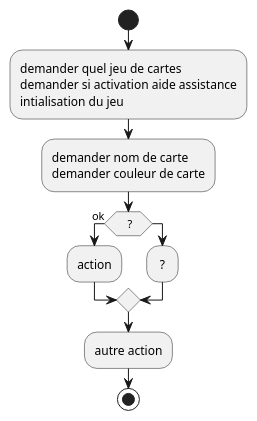
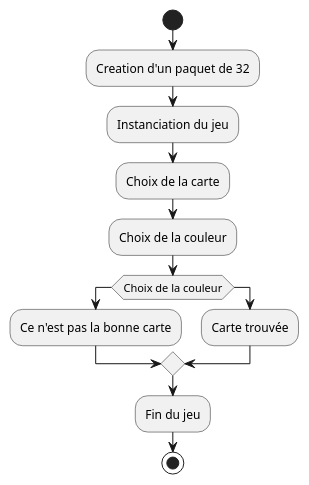
The first of 2 diagrams in README.adoc (VincentDurang/DevineLaCarte), drawn with PlantUML before and after one commit. The commit also changed other lines of this file, not shown here.

```diff
--- a/README.adoc
+++ b/README.adoc
@@ -395,18 +115,17 @@
 [plantuml]
-----
+-----
 @startuml
 start
-:demander quel jeu de cartes
-demander si activation aide assistance
-intialisation du jeu;
-:demander nom de carte
-demander couleur de carte;
-if ( ?) equals (ok) then
- :action;
-else
-  : ? ;
-endif
-:autre action;
+    :Creation d'un paquet de 32;
+    :Instanciation du jeu;
+    :Choix de la carte;
+    :Choix de la couleur;
+    if (Choix de la couleur)
+        :Ce n'est pas la bonne carte;
+     else
+     :Carte trouvée;
+    endif
+    :Fin du jeu;
 stop
 @enduml
-----
+-----
```
